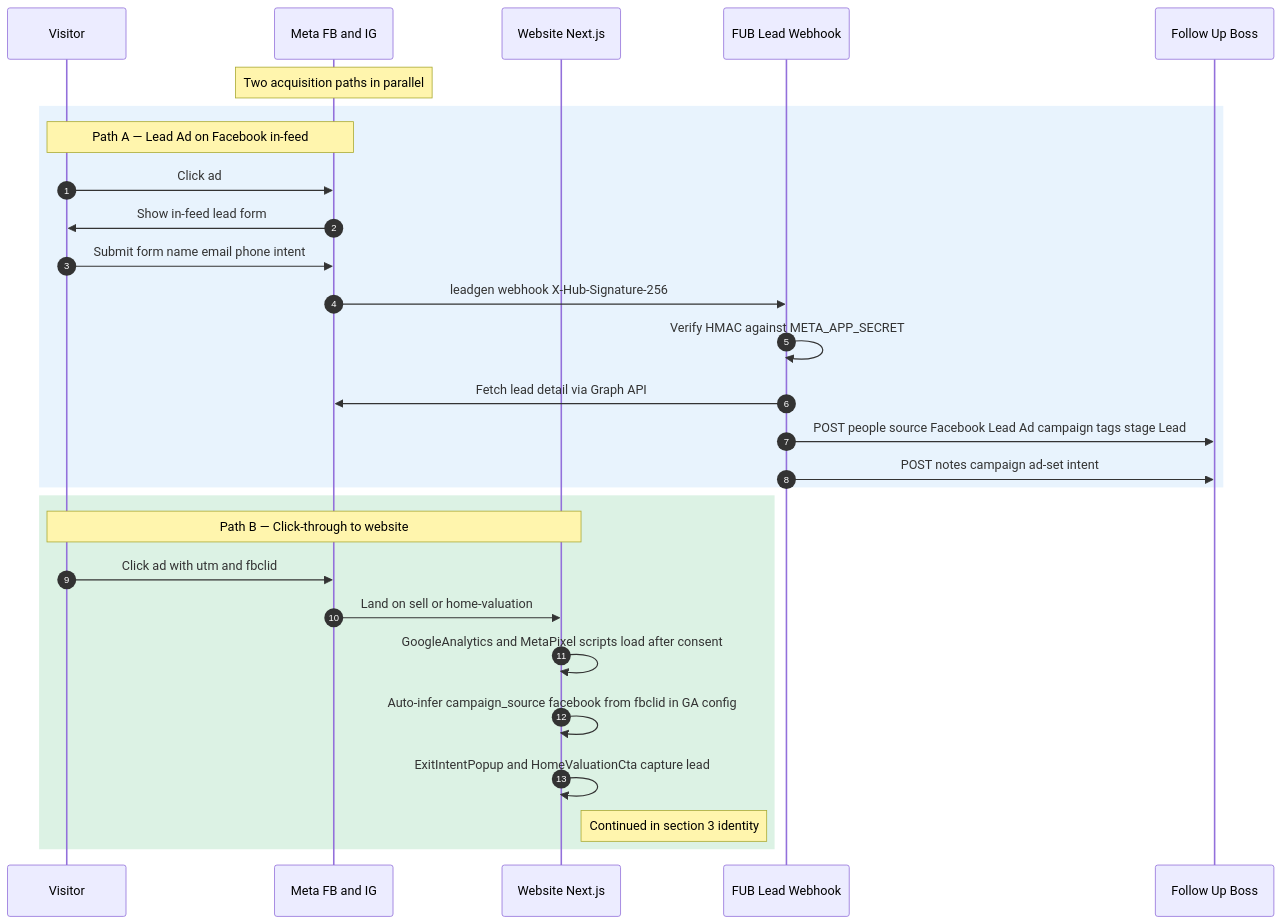
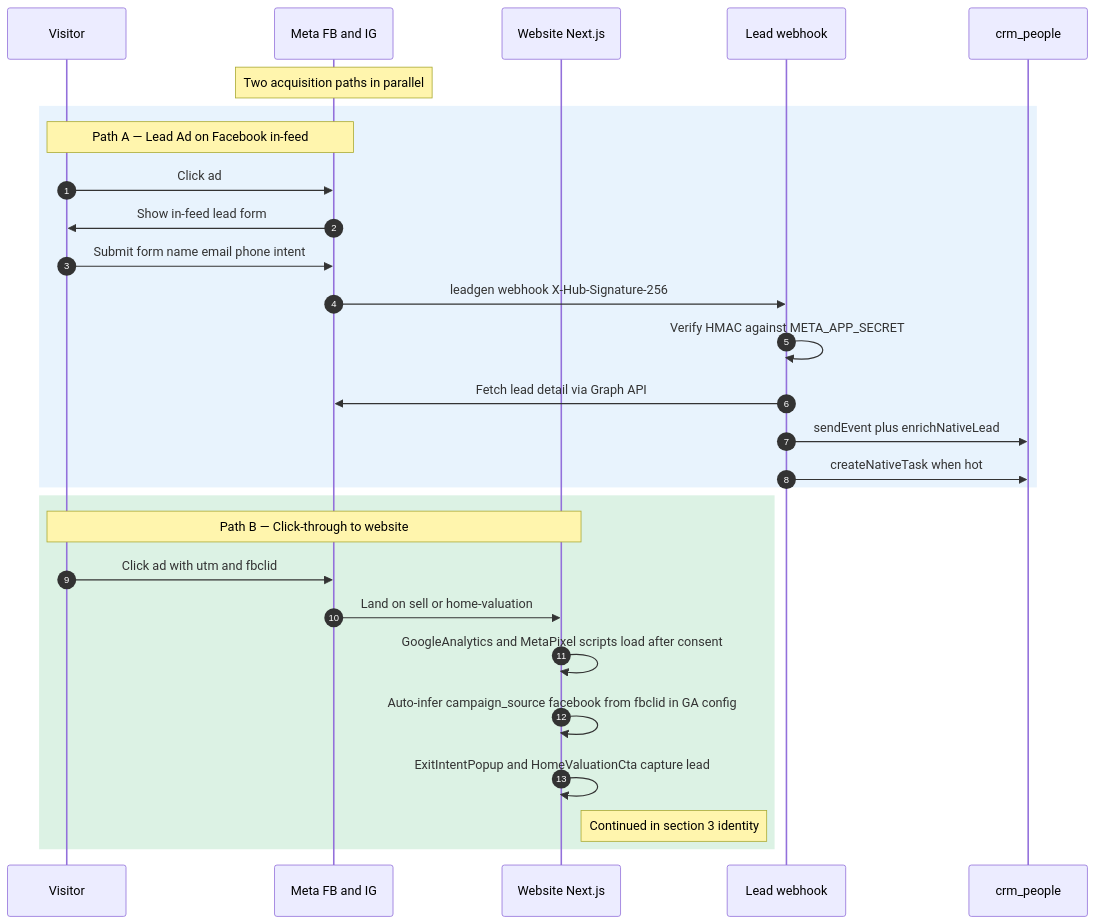
The second of 9 diagrams in docs/FACEBOOK_SELLER_GROWTH_PIPELINE.md (RyanRealty/RyanRealty), drawn with Mermaid before and after one commit. The commit also changed other lines of this file and 10 other files, not shown here.

First line of the commit message:
docs: drop follow up boss from marketing playbooks

````diff
--- a/docs/FACEBOOK_SELLER_GROWTH_PIPELINE.md
+++ b/docs/FACEBOOK_SELLER_GROWTH_PIPELINE.md
@@ -123,33 +121,33 @@
 ```mermaid
 sequenceDiagram
     autonumber
     participant U as Visitor
     participant M as Meta FB and IG
     participant W as Website Next.js
-    participant FB as FUB Lead Webhook
-    participant FUB as Follow Up Boss
+    participant WH as Lead webhook
+    participant CRM as crm_people
 
     Note over M: Two acquisition paths in parallel
 
     rect rgb(232,243,253)
         Note over U,M: Path A — Lead Ad on Facebook in-feed
         U->>M: Click ad
         M->>U: Show in-feed lead form
         U->>M: Submit form name email phone intent
-        M->>FB: leadgen webhook X-Hub-Signature-256
-        FB->>FB: Verify HMAC against META_APP_SECRET
-        FB->>M: Fetch lead detail via Graph API
-        FB->>FUB: POST people source Facebook Lead Ad campaign tags stage Lead
-        FB->>FUB: POST notes campaign ad-set intent
+        M->>WH: leadgen webhook X-Hub-Signature-256
+        WH->>WH: Verify HMAC against META_APP_SECRET
+        WH->>M: Fetch lead detail via Graph API
+        WH->>CRM: sendEvent plus enrichNativeLead
+        WH->>CRM: createNativeTask when hot
     end
 
     rect rgb(220,242,228)
         Note over U,W: Path B — Click-through to website
         U->>M: Click ad with utm and fbclid
         M->>W: Land on sell or home-valuation
         W->>W: GoogleAnalytics and MetaPixel scripts load after consent
         W->>W: Auto-infer campaign_source facebook from fbclid in GA config
         W->>W: ExitIntentPopup and HomeValuationCta capture lead
         Note right of W: Continued in section 3 identity
     end
 ```
````
